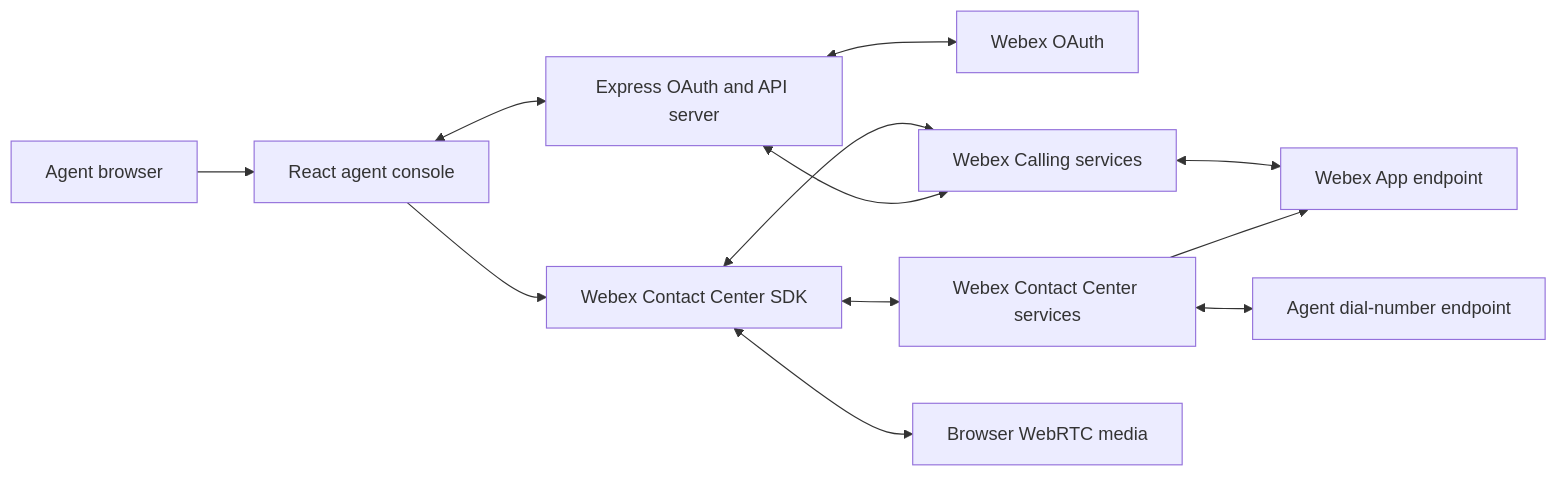
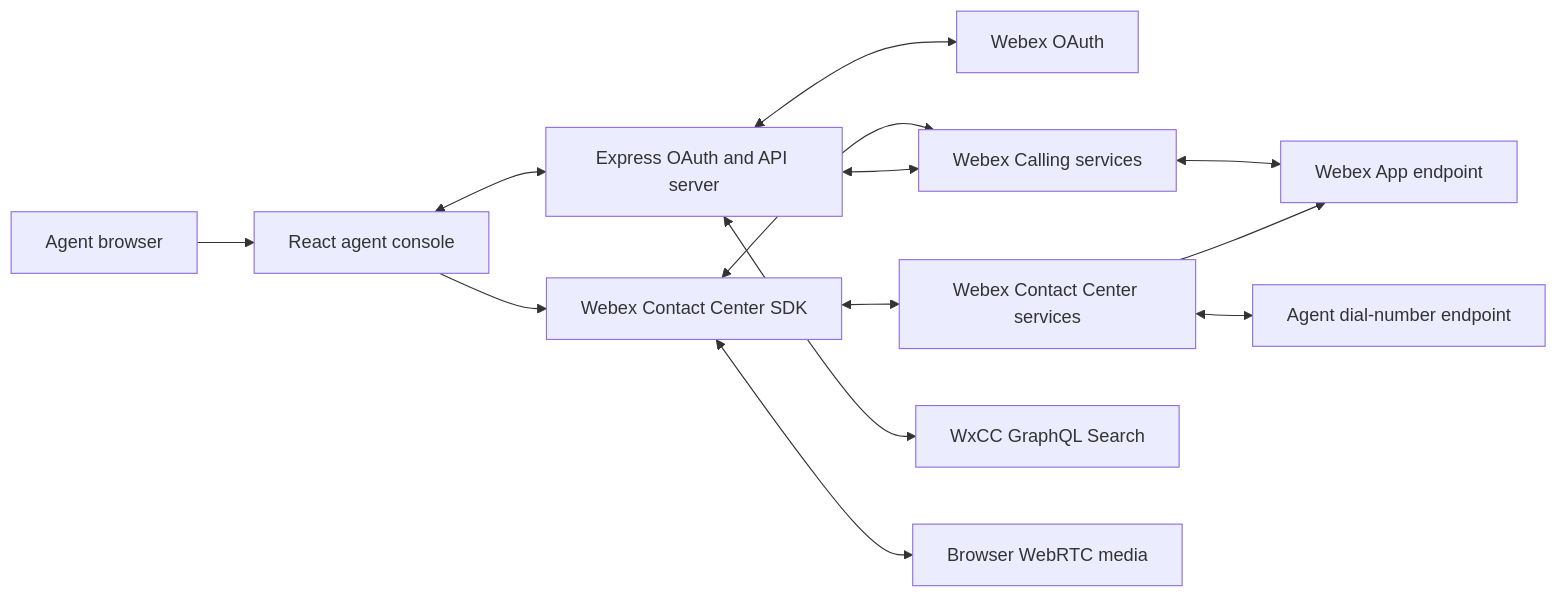
One commit to aashishberry/webexcc_sdk_app changed the first of 9 diagrams in ARCHITECTURE.md. Above: the diagram before and after it, drawn with Mermaid. The commit also changed other lines of this file and 9 other files, not shown here.

Commit message:
add graphql agent performance stats

````diff
--- a/ARCHITECTURE.md
+++ b/ARCHITECTURE.md
@@ -18,25 +18,27 @@
 ```mermaid
 flowchart LR
     Agent["Agent browser"]
     UI["React agent console"]
     SDK["Webex Contact Center SDK"]
     Server["Express OAuth and API server"]
     OAuth["Webex OAuth"]
     WxCC["Webex Contact Center services"]
     Calling["Webex Calling services"]
+    Search["WxCC GraphQL Search"]
     App["Webex App endpoint"]
     Phone["Agent dial-number endpoint"]
     BrowserMedia["Browser WebRTC media"]
 
     Agent --> UI
     UI --> SDK
     SDK <--> WxCC
     SDK <--> Calling
     UI <--> Server
     Server <--> OAuth
     Server <--> Calling
+    Server <--> Search
     Calling <--> App
     WxCC --> App
     WxCC <--> Phone
     SDK <--> BrowserMedia
 ```
````
